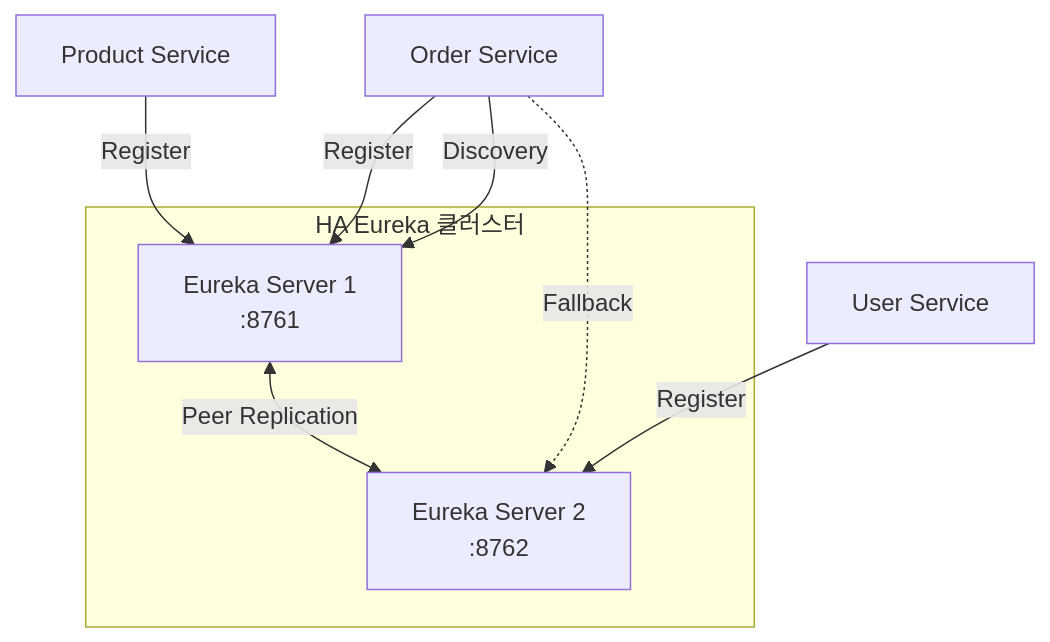
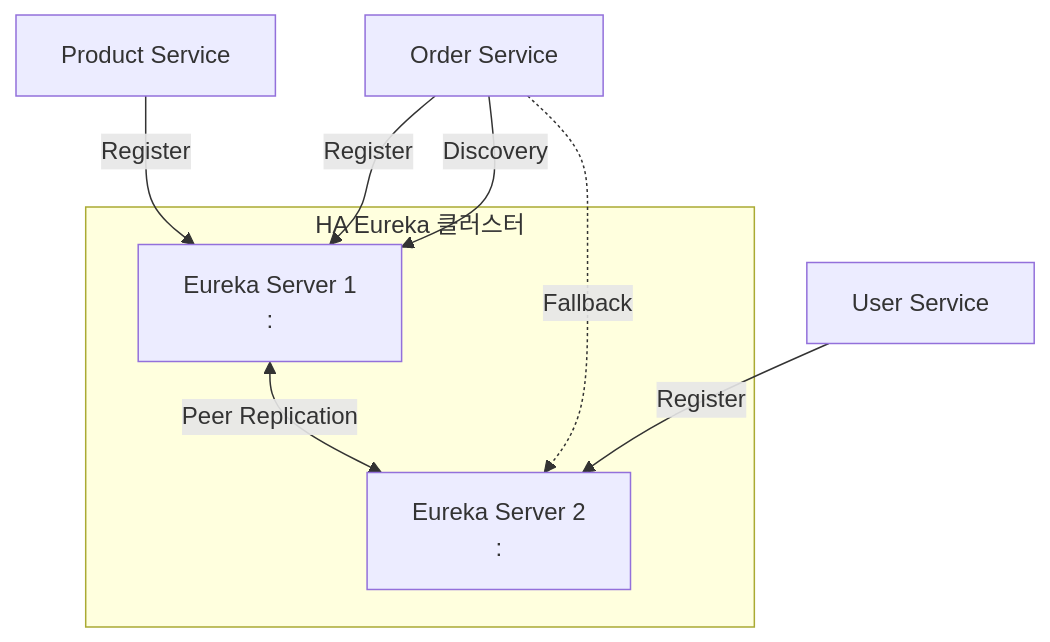
One commit to yjkim2015/yjkim2015.github.io changed the fourth of 4 diagrams in _posts/spring/2026-05-01-spring-eureka.md. Above: the diagram before and after it, drawn with Mermaid. The commit also changed 271 other files, not shown here.

First line of the commit message:
Mermaid 라벨 축소: 긴 노드 텍스트 18자 이하로 트림 + \n 제거

````diff
--- a/_posts/spring/2026-05-01-spring-eureka.md
+++ b/_posts/spring/2026-05-01-spring-eureka.md
@@ -217,13 +217,13 @@
 ```mermaid
 graph TD
     subgraph "HA Eureka 클러스터"
-        ES1["Eureka Server 1\n:8761"]
-        ES2["Eureka Server 2\n:8762"]
+        ES1["Eureka Server 1\n:"]
+        ES2["Eureka Server 2\n:"]
         ES1 <-->|"Peer Replication"| ES2
     end
     MS1["Order Service"] -->|"Register"| ES1
     MS2["User Service"] -->|"Register"| ES2
     MS3["Product Service"] -->|"Register"| ES1
     MS1 -->|"Discovery"| ES1
     MS1 -.->|"Fallback"| ES2
 ```
````
